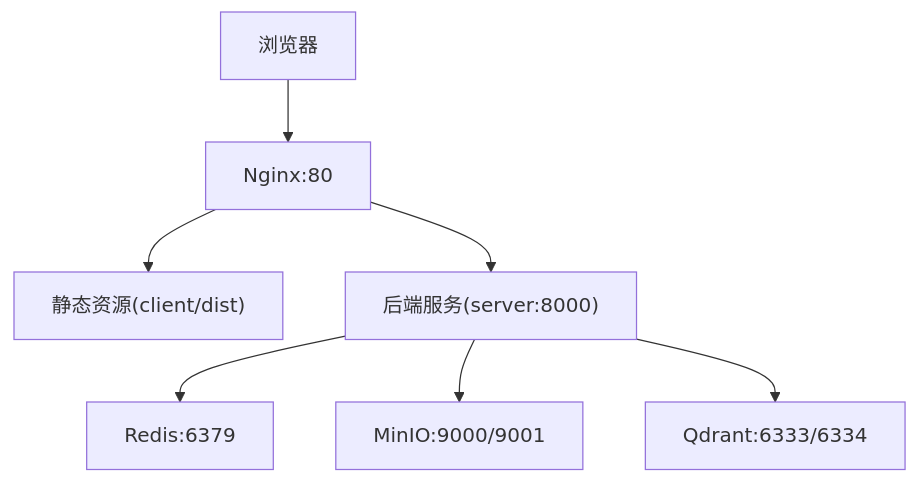
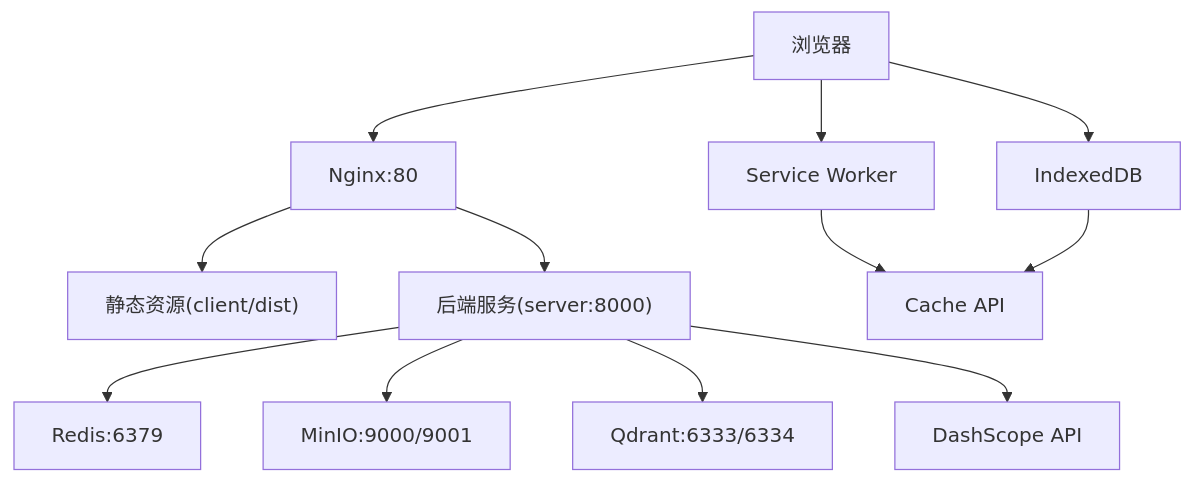
Before and after one commit to leo21cn/real-time-talk: the tenth of 10 diagrams in .qoder/repowiki/zh/content/系统架构/系统架构.md, drawn with Mermaid. The commit also changed other lines of this file and 21 other files, not shown here.

````diff
--- a/.qoder/repowiki/zh/content/系统架构/系统架构.md
+++ b/.qoder/repowiki/zh/content/系统架构/系统架构.md
@@ -392,9 +546,14 @@
 ```mermaid
 graph TB
 Client["浏览器"] --> Nginx["Nginx:80"]
 Nginx --> Static["静态资源(client/dist)"]
 Nginx --> API["后端服务(server:8000)"]
 API --> Redis["Redis:6379"]
 API --> MinIO["MinIO:9000/9001"]
 API --> Qdrant["Qdrant:6333/6334"]
+API --> DashScope["DashScope API"]
+Client --> SW["Service Worker"]
+SW --> Cache["Cache API"]
+Client --> IDB["IndexedDB"]
+IDB --> Cache
 ```
````
